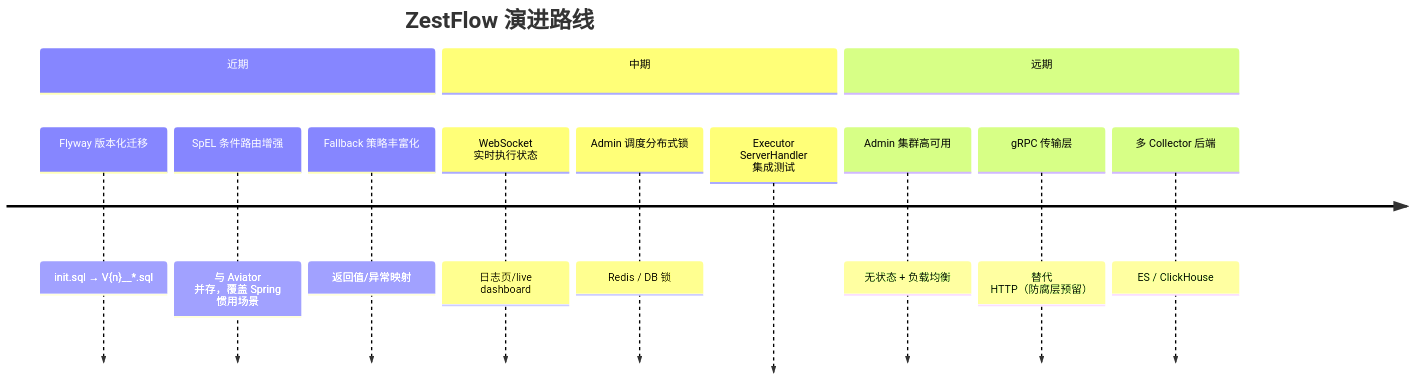
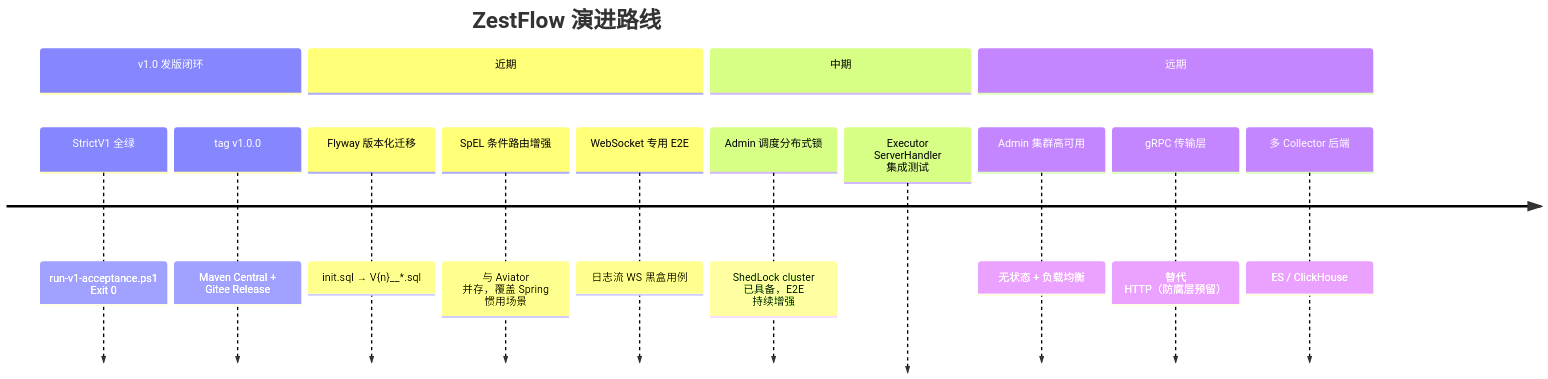
One commit to zestcc/zestflow changed diagram 38 of 38 in docs/ARCHITECTURE.md. Above: the diagram before and after it, drawn with Mermaid. The commit also changed other lines of this file and 9 other files, not shown here.

First line of the commit message:
docs: StrictV1 acceptance guide and 1.0 API stability

````diff
--- a/docs/ARCHITECTURE.md
+++ b/docs/ARCHITECTURE.md
@@ -1711,16 +1732,18 @@
 ```mermaid
 timeline
     title ZestFlow 演进路线
+    section v1.0 发版闭环
+        StrictV1 全绿 : run-v1-acceptance.ps1 Exit 0
+        tag v1.0.0 : Maven Central + Gitee Release
     section 近期
         Flyway 版本化迁移 : init.sql → V{n}__*.sql
         SpEL 条件路由增强 : 与 Aviator 并存，覆盖 Spring 惯用场景
-        Fallback 策略丰富化 : 返回值/异常映射
+        WebSocket 专用 E2E : 日志流 WS 黑盒用例
     section 中期
-        WebSocket 实时执行状态 : 日志页/live dashboard
-        Admin 调度分布式锁 : Redis / DB 锁
+        Admin 调度分布式锁 : ShedLock cluster 已具备，E2E 持续增强
         Executor ServerHandler 集成测试
     section 远期
         Admin 集群高可用 : 无状态 + 负载均衡
         gRPC 传输层 : 替代 HTTP（防腐层预留）
         多 Collector 后端 : ES / ClickHouse
 ```
````
